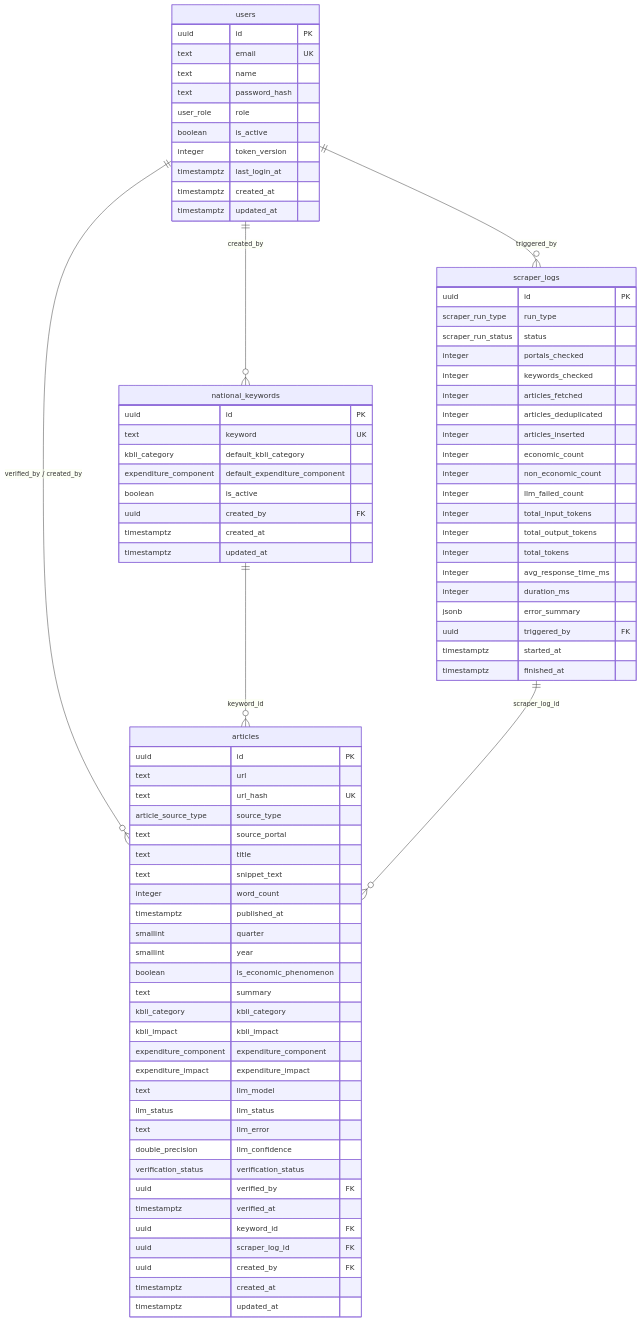
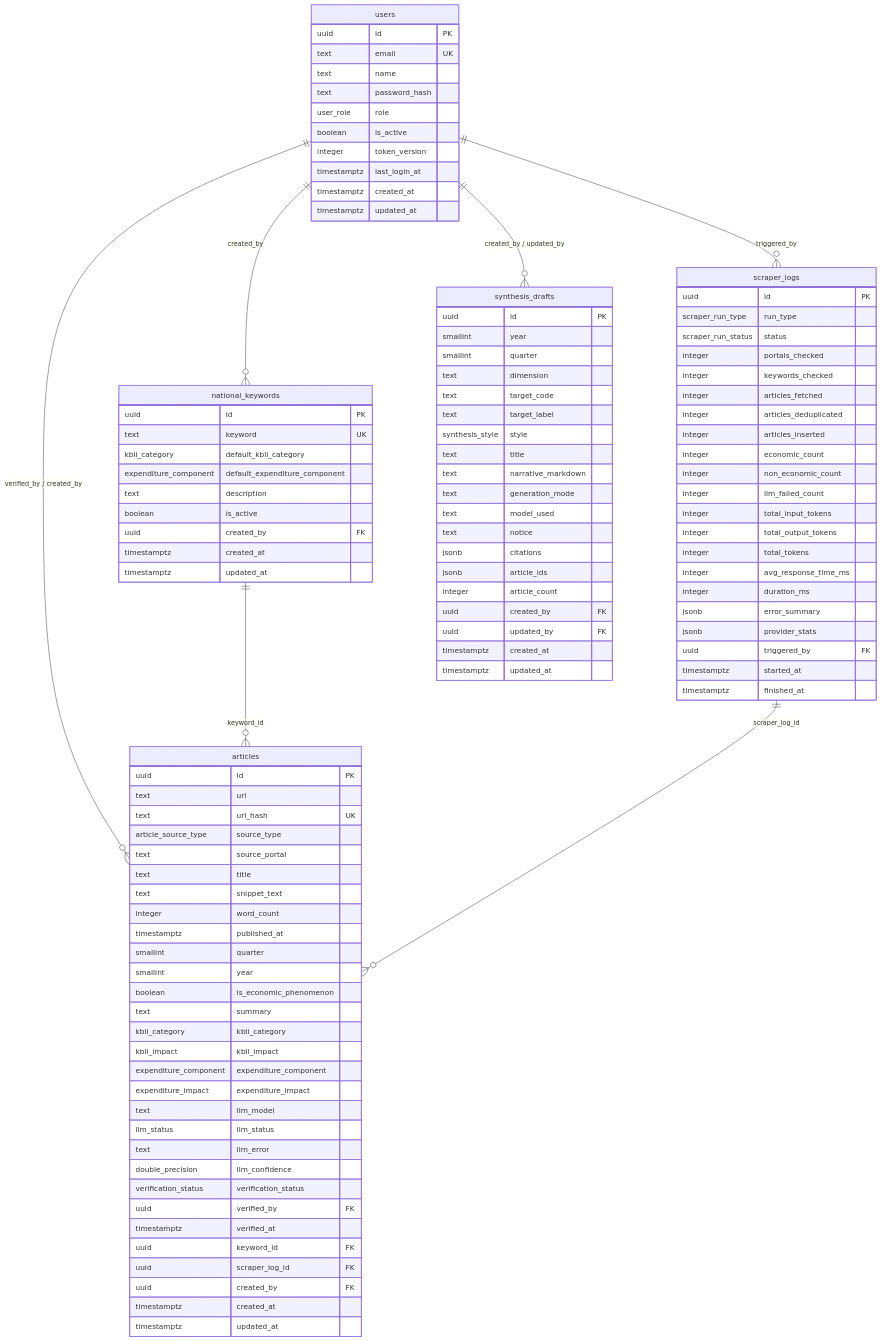
One commit to calvintp3-cmyk/SIPENA-KTT changed the diagram in docs/schema.md. Above: the diagram before and after it, drawn with Mermaid. The commit also changed other lines of this file and 5 other files, not shown here.

````diff
--- a/docs/schema.md
+++ b/docs/schema.md
@@ -14,6 +14,7 @@
     users ||--o{ national_keywords : "created_by"
     users ||--o{ scraper_logs : "triggered_by"
     users ||--o{ articles : "verified_by / created_by"
+    users ||--o{ synthesis_drafts : "created_by / updated_by"
     national_keywords ||--o{ articles : "keyword_id"
     scraper_logs ||--o{ articles : "scraper_log_id"
 
@@ -35,6 +36,7 @@
         text keyword UK
         kbli_category default_kbli_category
         expenditure_component default_expenditure_component
+        text description
         boolean is_active
         uuid created_by FK
         timestamptz created_at
@@ -59,6 +61,7 @@
         integer avg_response_time_ms
         integer duration_ms
         jsonb error_summary
+        jsonb provider_stats
         uuid triggered_by FK
         timestamptz started_at
         timestamptz finished_at
@@ -95,4 +98,26 @@
         timestamptz created_at
         timestamptz updated_at
     }
+
+    synthesis_drafts {
+        uuid id PK
+        smallint year
+        smallint quarter
+        text dimension
+        text target_code
+        text target_label
+        synthesis_style style
+        text title
+        text narrative_markdown
+        text generation_mode
+        text model_used
+        text notice
+        jsonb citations
+        jsonb article_ids
+        integer article_count
+        uuid created_by FK
+        uuid updated_by FK
+        timestamptz created_at
+        timestamptz updated_at
+    }
 ```
````
